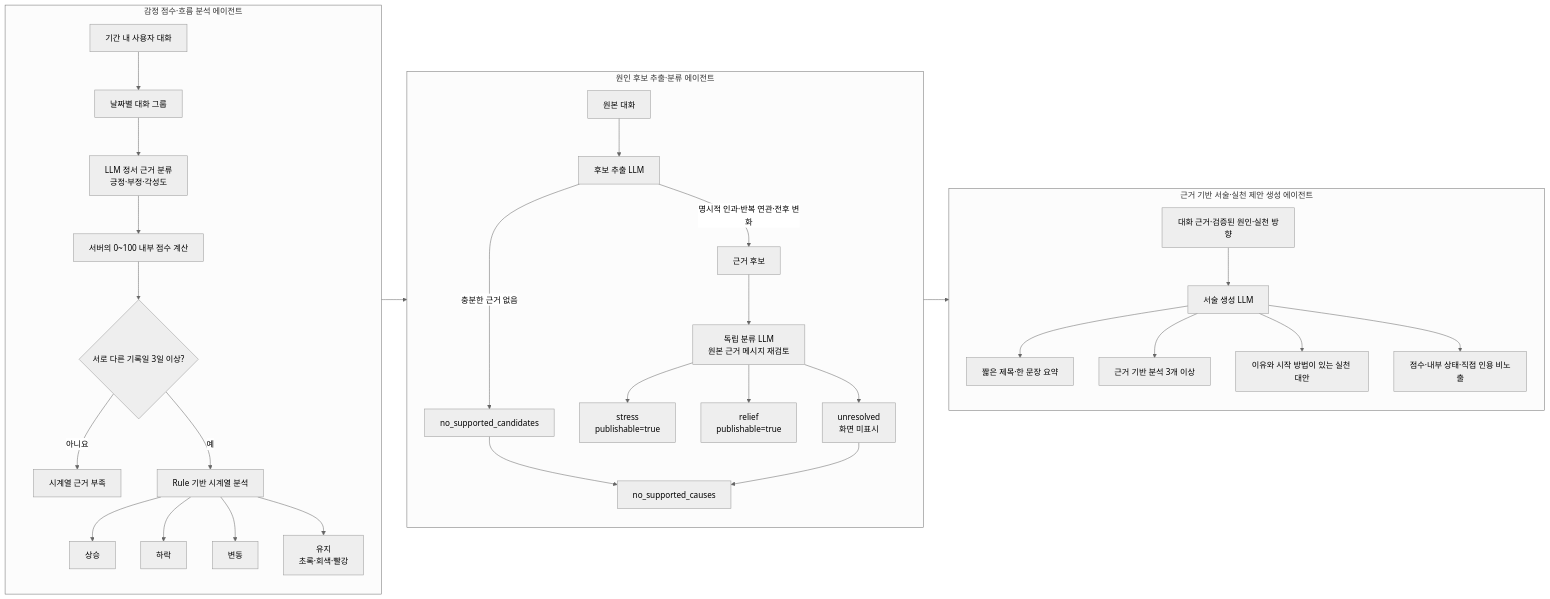
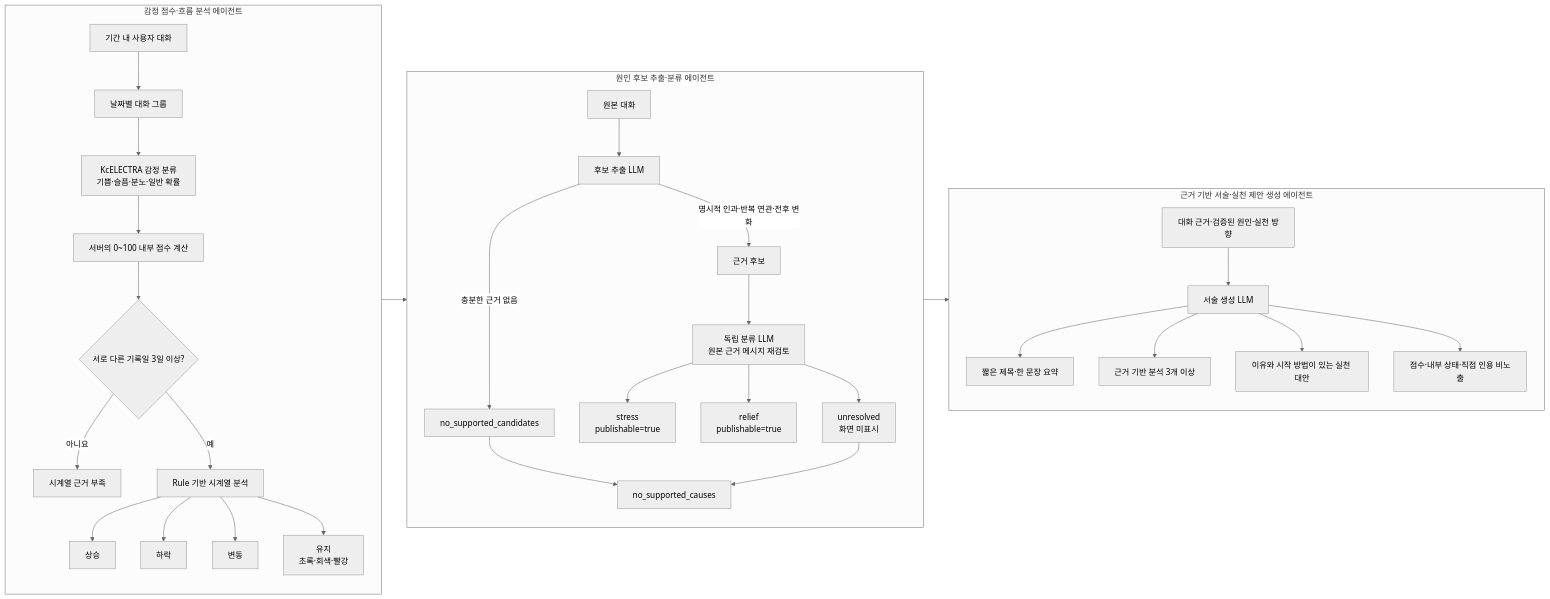
The second of 3 diagrams in docs/한재웅/mindreport_langgraph_flow.md (SKNETWORKS-FAMILY-AICAMP/SKN27-FINAL-4Team), drawn with Mermaid (neutral theme) before and after one commit. The commit also changed 28 other files, not shown here.

````diff
--- a/docs/한재웅/mindreport_langgraph_flow.md
+++ b/docs/한재웅/mindreport_langgraph_flow.md
@@ -39,38 +39,38 @@
 ```mermaid
 flowchart LR
     subgraph E["감정 점수·흐름 분석 에이전트"]
         E1["기간 내 사용자 대화"] --> E2["날짜별 대화 그룹"]
-        E2 --> E3["LLM 정서 근거 분류<br/>긍정·부정·각성도"]
+        E2 --> E3["KcELECTRA 감정 분류<br/>기쁨·슬픔·분노·일반 확률"]
         E3 --> E4["서버의 0~100 내부 점수 계산"]
         E4 --> E5{"서로 다른 기록일 3일 이상?"}
         E5 -->|"아니요"| EI["시계열 근거 부족"]
         E5 -->|"예"| ET["Rule 기반 시계열 분석"]
         ET --> EU["상승"]
         ET --> ED["하락"]
         ET --> EV["변동"]
         ET --> EM["유지<br/>초록·회색·빨강"]
     end
 
     subgraph C["원인 후보 추출·분류 에이전트"]
         C1["원본 대화"] --> C2["후보 추출 LLM"]
         C2 -->|"명시적 인과·반복 연관·전후 변화"| C3["근거 후보"]
         C2 -->|"충분한 근거 없음"| C0["no_supported_candidates"]
         C3 --> C4["독립 분류 LLM<br/>원본 근거 메시지 재검토"]
         C4 --> CS["stress<br/>publishable=true"]
         C4 --> CR["relief<br/>publishable=true"]
         C4 --> CU["unresolved<br/>화면 미표시"]
         C0 --> CN["no_supported_causes"]
         CU --> CN
     end
 
     subgraph N["근거 기반 서술·실천 제안 생성 에이전트"]
         N1["대화 근거·검증된 원인·실천 방향"] --> N2["서술 생성 LLM"]
         N2 --> N3["짧은 제목·한 문장 요약"]
         N2 --> N4["근거 기반 분석 3개 이상"]
         N2 --> N5["이유와 시작 방법이 있는 실천 대안"]
         N2 --> N6["점수·내부 상태·직접 인용 비노출"]
     end
 
     E --> C
     C --> N
 ```
````
